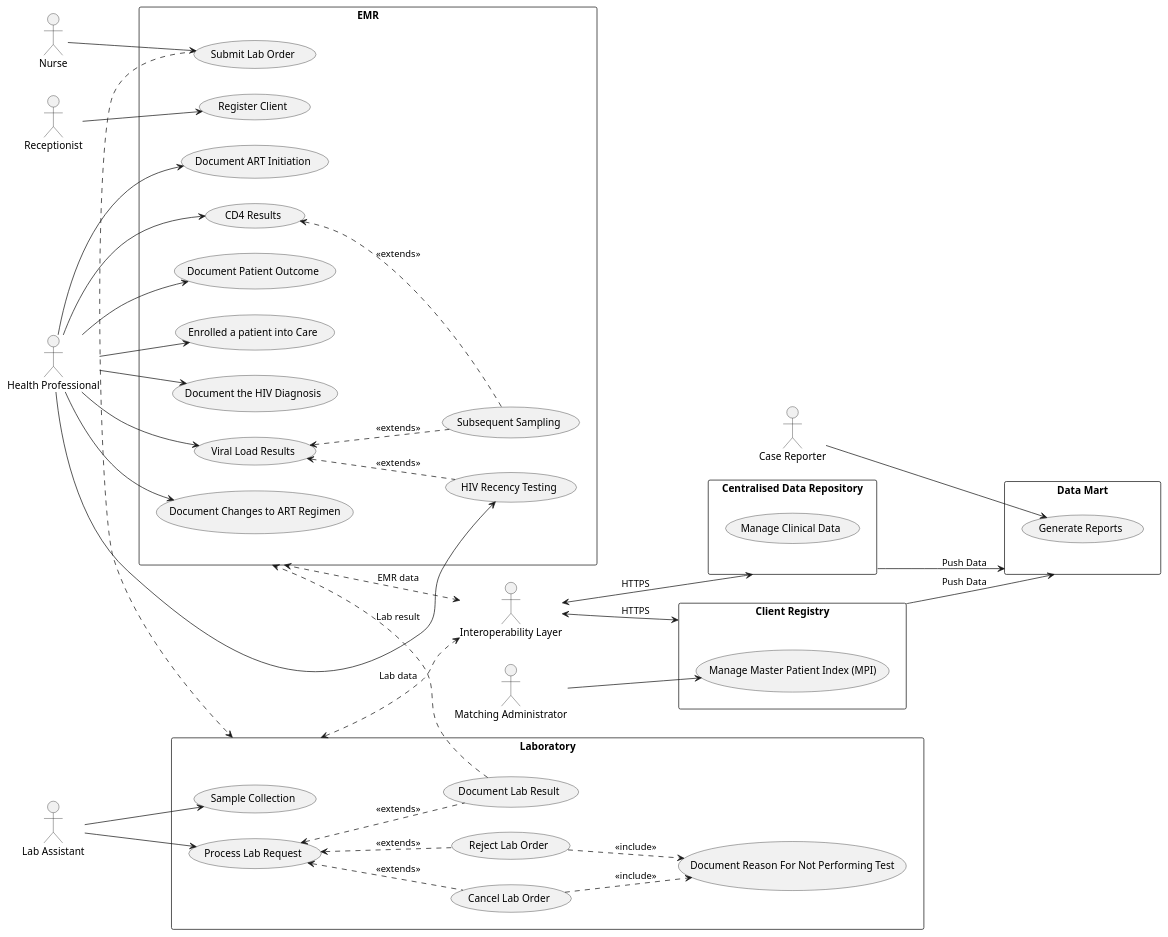
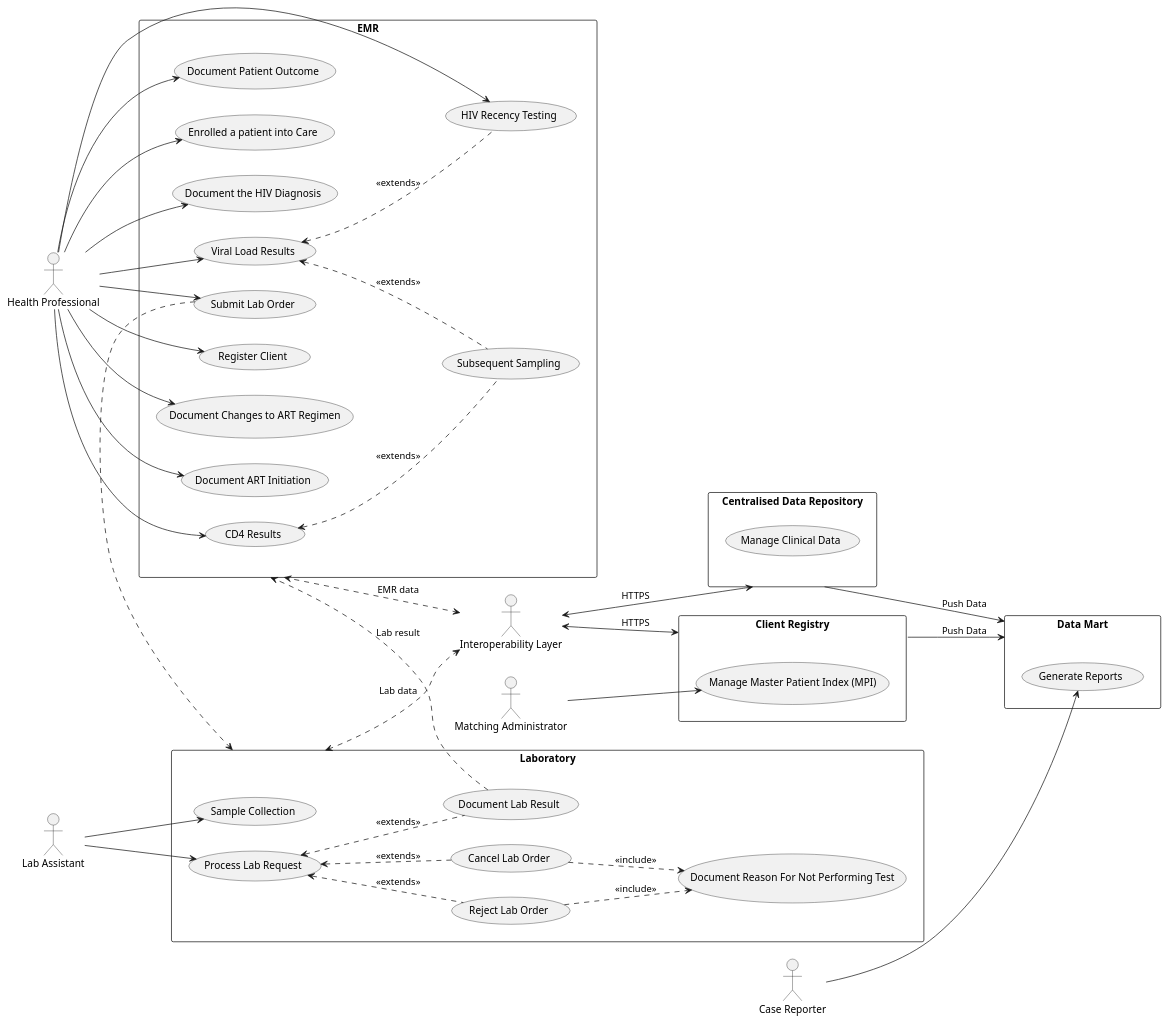
The diagram in input/images-source/uses-cases.pu (openhie/HIV-CBS), drawn with PlantUML before and after one commit.

```diff
--- a/input/images-source/uses-cases.pu
+++ b/input/images-source/uses-cases.pu
@@ -1,91 +1,89 @@
 @startuml UseCaseDiagram
 left to right direction
-actor "Nurse" as nurse
-actor "Receptionist" as receptionist
 actor "Health Professional" as professional
 rectangle EMR {
   usecase "Register Client" as UC1
   usecase "Document Changes to ART Regimen" as UC2
   usecase "Document ART Initiation" as UC3
   usecase "CD4 Results" as UC4
   usecase "Document Patient Outcome" as UC5
   usecase "Enrolled a patient into Care" as UC6
   usecase "Document the HIV Diagnosis" as UC7
   usecase "Viral Load Results" as UC8
   usecase "Subsequent Sampling" as UC9
   usecase "Submit Lab Order" as UC10
   usecase "HIV Recency Testing" as UC11
 }
 
-receptionist --> UC1
+professional --> UC1
 professional --> UC2
 professional --> UC3
 professional --> UC4
 professional --> UC5
 professional --> UC6
 professional --> UC7
 professional --> UC8
-nurse --> UC10
+professional --> UC10
 professional --> UC11
 
 (UC4) <.. (UC9) : "<<extends>>"
 (UC8) <.. (UC9) : "<<extends>>"
 (UC8) <.. (UC11) : "<<extends>>"
 
 
 actor "Lab Assistant" as labAssistant
 rectangle Laboratory {
   usecase "Sample Collection" as UC14
   usecase "Process Lab Request" as UC15
   usecase "Document Lab Result" as UC16
   usecase "Reject Lab Order" as UC17
   usecase "Cancel Lab Order" as UC18
   usecase "Document Reason For Not Performing Test" as UC19
 }
 
 labAssistant --> UC14
 labAssistant --> UC15
 
 
 (UC15) <.. (UC16) : "<<extends>>"
 (UC15) <.. (UC17) : "<<extends>>"
 (UC15) <.. (UC18) : "<<extends>>"
 
 (UC18) ..> (UC19) : "<<include>>"
 (UC17) ..> (UC19) : "<<include>>"
 
 (UC10) ..> Laboratory
 
 (UC16) ..> EMR : "Lab result"
 
 actor "Interoperability Layer" as iol
 rectangle "Centralised Data Repository" as cdr {
   usecase "Manage Clinical Data" as UC20
 }
 
 iol <--> cdr : "HTTPS"
 
 EMR <..> iol : "EMR data"
 Laboratory <..> iol : "Lab data"
 
 
 actor "Matching Administrator" as macthingAdmin
 rectangle "Client Registry" as cr {
   usecase "Manage Master Patient Index (MPI)" as UC21
 }
 
 macthingAdmin --> UC21
 
 iol <--> cr : "HTTPS"
 
 actor "Case Reporter" as caseReporter
 rectangle "Data Mart" as dm {
   usecase "Generate Reports" as UC22
 }
 
 caseReporter --> UC22
 
 cdr --> dm : "Push Data"
 cr --> dm : "Push Data"
 
 @enduml
```
